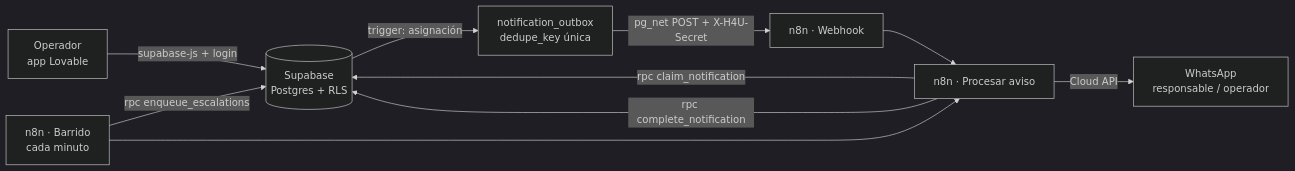
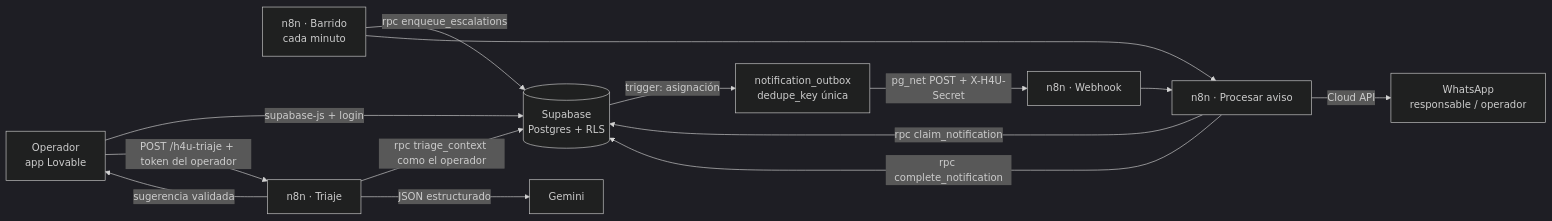
Before and after one commit to GuillermoSM33/n8n_implementation: the diagram in README.md, drawn with Mermaid (dark theme). The commit also changed other lines of this file and 8 other files, not shown here.

````diff
--- a/README.md
+++ b/README.md
@@ -11,12 +11,16 @@
 ```mermaid
 flowchart LR
     OP[Operador<br/>app Lovable] -->|supabase-js + login| DB[(Supabase<br/>Postgres + RLS)]
     DB -->|trigger: asignación| OB[notification_outbox<br/>dedupe_key única]
     OB -->|pg_net POST + X-H4U-Secret| WH[n8n · Webhook]
     CRON[n8n · Barrido<br/>cada minuto] -->|rpc enqueue_escalations| DB
     WH --> SUB[n8n · Procesar aviso]
     CRON --> SUB
     SUB -->|rpc claim_notification| DB
     SUB -->|Cloud API| WA[WhatsApp<br/>responsable / operador]
     SUB -->|rpc complete_notification| DB
+    OP -->|POST /h4u-triaje + token del operador| TRI[n8n · Triaje]
+    TRI -->|rpc triage_context como el operador| DB
+    TRI -->|JSON estructurado| GEM[Gemini]
+    TRI -->|sugerencia validada| OP
 ```
````
